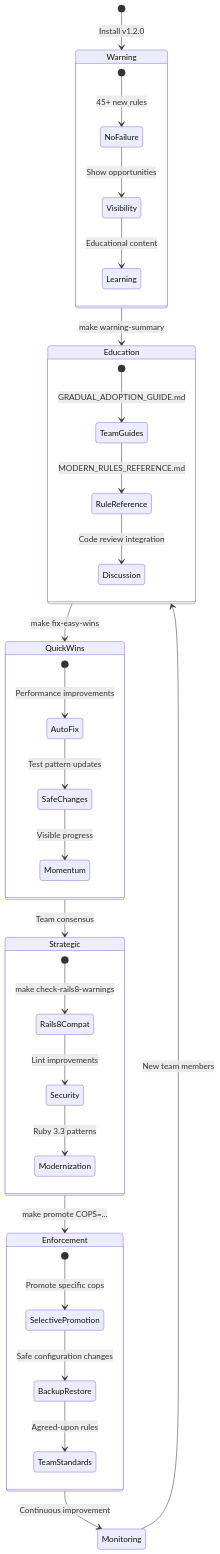
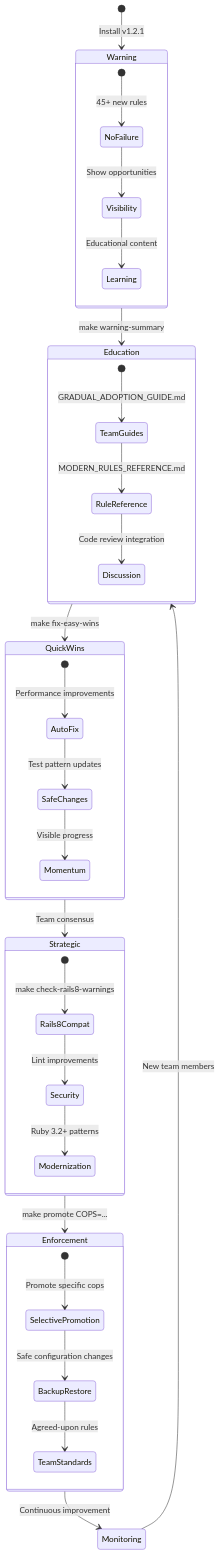
The third of 23 diagrams in ARCHITECTURE.md (hammadxcm/rubocop-hk), drawn with Mermaid before and after one commit. The commit also changed other lines of this file and 9 other files, not shown here.

````diff
--- a/ARCHITECTURE.md
+++ b/ARCHITECTURE.md
@@ -103,40 +103,40 @@
 ```mermaid
 stateDiagram-v2
-    [*] --> Warning: Install v1.2.0
+    [*] --> Warning: Install v1.2.1
     Warning --> Education: make warning-summary
     Education --> QuickWins: make fix-easy-wins
     QuickWins --> Strategic: Team consensus
     Strategic --> Enforcement: make promote COPS=...
     Enforcement --> Monitoring: Continuous improvement
     Monitoring --> Education: New team members
     
     state Warning {
         [*] --> NoFailure: 45+ new rules
         NoFailure --> Visibility: Show opportunities
         Visibility --> Learning: Educational content
     }
     
     state Education {
         [*] --> TeamGuides: GRADUAL_ADOPTION_GUIDE.md
         TeamGuides --> RuleReference: MODERN_RULES_REFERENCE.md
         RuleReference --> Discussion: Code review integration
     }
     
     state QuickWins {
         [*] --> AutoFix: Performance improvements
         AutoFix --> SafeChanges: Test pattern updates
         SafeChanges --> Momentum: Visible progress
     }
     
     state Strategic {
         [*] --> Rails8Compat: make check-rails8-warnings
         Rails8Compat --> Security: Lint improvements
-        Security --> Modernization: Ruby 3.3 patterns
+        Security --> Modernization: Ruby 3.2+ patterns
     }
     
     state Enforcement {
         [*] --> SelectivePromotion: Promote specific cops
         SelectivePromotion --> BackupRestore: Safe configuration changes
         BackupRestore --> TeamStandards: Agreed-upon rules
     }
 ```
````
